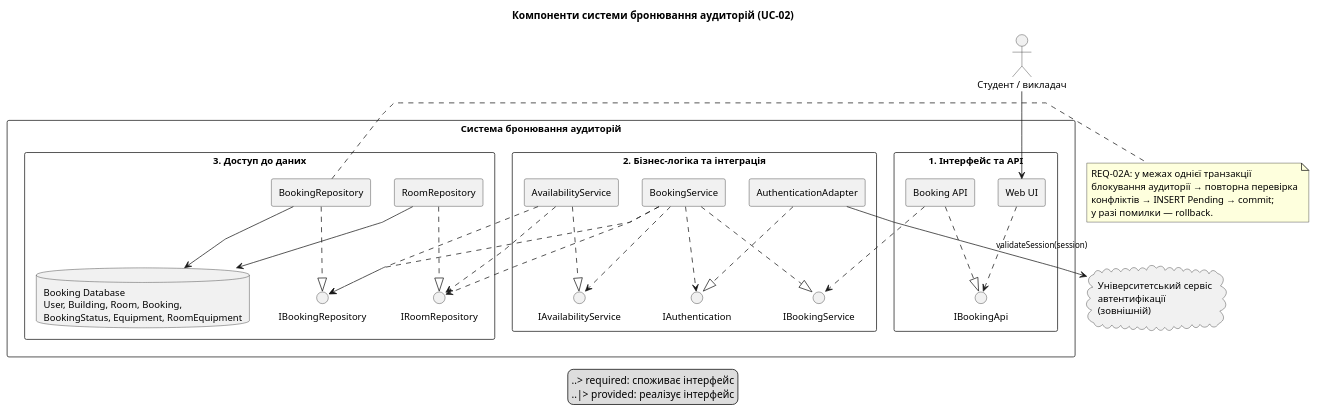
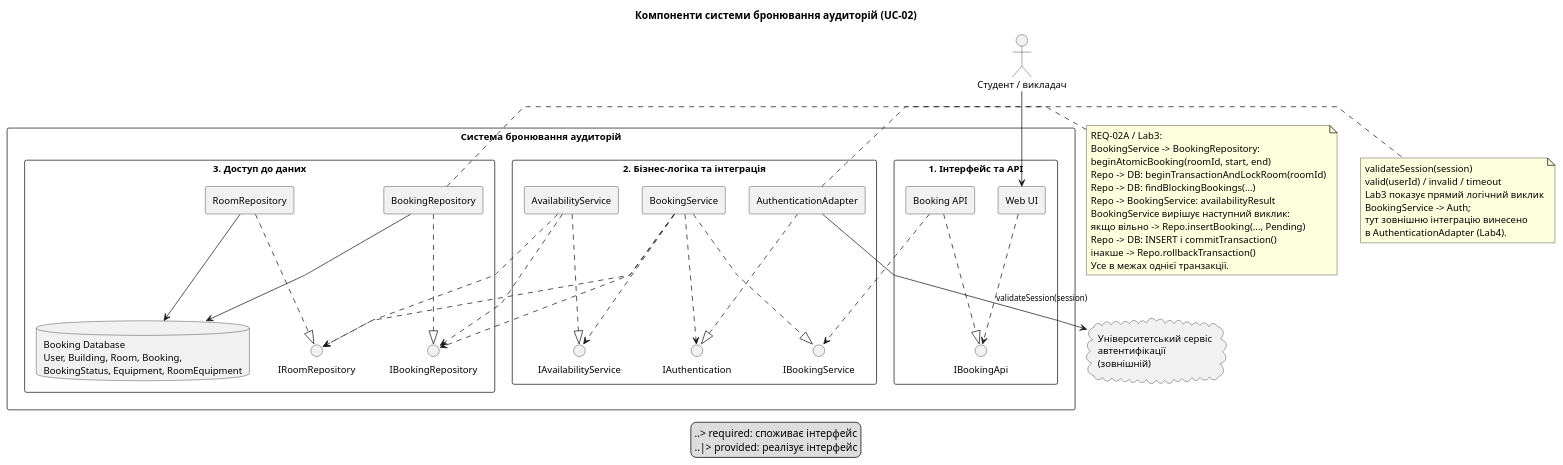
Before and after one commit to Oleksandr-C-S/MAVPZ: the diagram in lab5/model/components.puml, drawn with PlantUML. The commit also changed 6 other files, not shown here.

```diff
--- a/lab5/model/components.puml
+++ b/lab5/model/components.puml
@@ -1,80 +1,96 @@
 @startuml
 
 top to bottom direction
 skinparam componentStyle rectangle
 skinparam shadowing false
 skinparam packageStyle rectangle
 skinparam linetype polyline
 skinparam nodesep 32
 skinparam ranksep 46
 skinparam defaultFontSize 13
 skinparam ArrowFontSize 11
 hide stereotype
 
 title Компоненти системи бронювання аудиторій (UC-02)
 
 actor "Студент / викладач" as User
 
 rectangle "Система бронювання аудиторій" {
   package "1. Інтерфейс та API" {
     component "Web UI" as UI
     interface "IBookingApi" as IApi
     component "Booking API" as API
   }
 
   package "2. Бізнес-логіка та інтеграція" {
     interface "IBookingService" as IBooking
     component "BookingService" as BookingSvc
     interface "IAvailabilityService" as IAvail
     component "AvailabilityService" as AvailSvc
     interface "IAuthentication" as IAuth
     component "AuthenticationAdapter" as AuthAdapter
   }
 
   package "3. Доступ до даних" {
     interface "IBookingRepository" as IBookingRepo
     component "BookingRepository" as BookingRepo
     interface "IRoomRepository" as IRoomRepo
     component "RoomRepository" as RoomRepo
     database "Booking Database\nUser, Building, Room, Booking,\nBookingStatus, Equipment, RoomEquipment" as DB
   }
 
   ' required: компонент залежить від контракту
   UI ..> IApi
   API ..> IBooking
   BookingSvc ..> IAvail
   BookingSvc ..> IAuth
   BookingSvc ..> IBookingRepo
   BookingSvc ..> IRoomRepo
   AvailSvc ..> IBookingRepo
   AvailSvc ..> IRoomRepo
 
   ' provided: компонент реалізує контракт
   API ..|> IApi
   BookingSvc ..|> IBooking
   AvailSvc ..|> IAvail
   AuthAdapter ..|> IAuth
   BookingRepo ..|> IBookingRepo
   RoomRepo ..|> IRoomRepo
 
   ' Тільки репозиторії звертаються безпосередньо до БД
   BookingRepo --> DB
   RoomRepo --> DB
 }
 
 cloud "Університетський сервіс\nавтентифікації\n(зовнішній)" as ExtAuth
 User --> UI
 AuthAdapter --> ExtAuth : validateSession(session)
 
 note right of BookingRepo
-  REQ-02A: у межах однієї транзакції
-  блокування аудиторії → повторна перевірка
-  конфліктів → INSERT Pending → commit;
-  у разі помилки — rollback.
+  REQ-02A / Lab3:
+  BookingService -> BookingRepository:
+  beginAtomicBooking(roomId, start, end)
+  Repo -> DB: beginTransactionAndLockRoom(roomId)
+  Repo -> DB: findBlockingBookings(...)
+  Repo -> BookingService: availabilityResult
+  BookingService вирішує наступний виклик:
+  якщо вільно -> Repo.insertBooking(..., Pending)
+  Repo -> DB: INSERT і commitTransaction()
+  інакше -> Repo.rollbackTransaction()
+  Усе в межах однієї транзакції.
+end note
+
+note right of AuthAdapter
+  validateSession(session)
+  valid(userId) / invalid / timeout
+  Lab3 показує прямий логічний виклик
+  BookingService -> Auth;
+  тут зовнішню інтеграцію винесено
+  в AuthenticationAdapter (Lab4).
 end note
 
 legend bottom
   ..> required: споживає інтерфейс
   ..|> provided: реалізує інтерфейс
 endlegend
 @enduml
```
